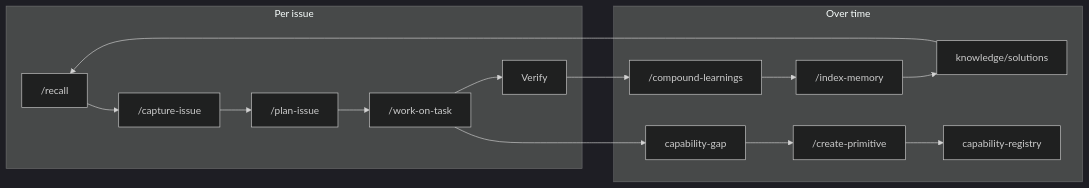
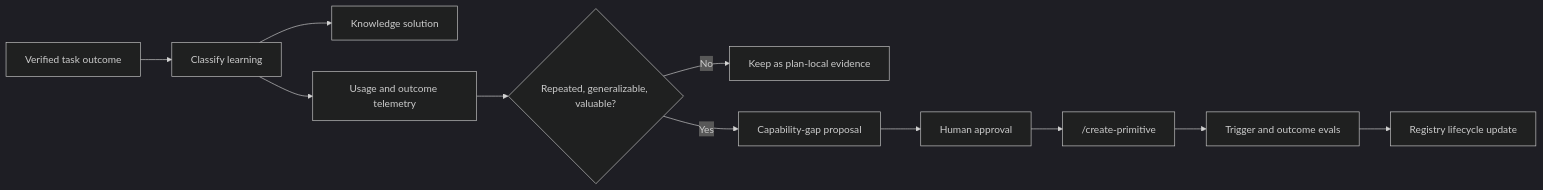
Before and after one commit to noodlemind/prompt-library: the diagram in docs/architecture/engineer-vision-and-growth-loop.md, drawn with Mermaid (dark theme). The commit also changed other lines of this file and 83 other files, not shown here.

````diff
--- a/docs/architecture/engineer-vision-and-growth-loop.md
+++ b/docs/architecture/engineer-vision-and-growth-loop.md
@@ -36,23 +37,13 @@
 ```mermaid
 flowchart LR
-  subgraph session ["Per issue"]
-    R["/recall"]
-    C["/capture-issue"]
-    P["/plan-issue"]
-    W["/work-on-task"]
-    V["Verify"]
-  end
-  subgraph grow ["Over time"]
-    CL["/compound-learnings"]
-    IM["/index-memory"]
-    KS["knowledge/solutions"]
-    CG["capability-gap"]
-    CP["/create-primitive"]
-    REG["capability-registry"]
-  end
-  R --> C --> P --> W --> V
-  V --> CL --> IM --> KS
-  W --> CG
-  CG --> CP --> REG
-  KS --> R
+  V["Verified task outcome"] --> C["Classify learning"]
+  C --> K["Knowledge solution"]
+  C --> T["Usage and outcome telemetry"]
+  T --> R{"Repeated, generalizable, valuable?"}
+  R -->|No| P["Keep as plan-local evidence"]
+  R -->|Yes| G["Capability-gap proposal"]
+  G --> A["Human approval"]
+  A --> N["/create-primitive"]
+  N --> E["Trigger and outcome evals"]
+  E --> REG["Registry lifecycle update"]
 ```
````
